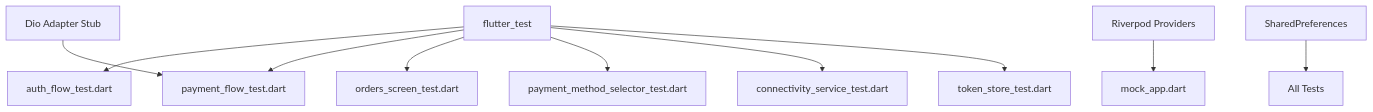
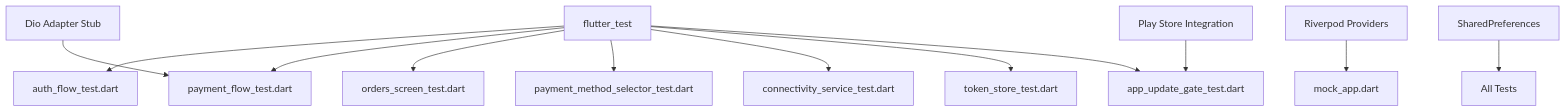
Before and after one commit to Advanstech/Lidapay-shop: the ninth of 9 diagrams in .qoder/repowiki/en/content/Testing Strategy/Testing Strategy.md, drawn with Mermaid. The commit also changed other lines of this file and 174 other files, not shown here.

````diff
--- a/.qoder/repowiki/en/content/Testing Strategy/Testing Strategy.md
+++ b/.qoder/repowiki/en/content/Testing Strategy/Testing Strategy.md
@@ -314,12 +409,14 @@
 ```mermaid
 graph TB
 FlutterTest["flutter_test"] --> AuthFlowTest["auth_flow_test.dart"]
 FlutterTest --> PaymentFlowTest["payment_flow_test.dart"]
 FlutterTest --> OrdersScreenTest["orders_screen_test.dart"]
 FlutterTest --> PaymentMethodSelectorTest["payment_method_selector_test.dart"]
 FlutterTest --> ConnectivityTest["connectivity_service_test.dart"]
 FlutterTest --> TokenStoreTest["token_store_test.dart"]
+FlutterTest --> AppUpdateGateTest["app_update_gate_test.dart"]
 Riverpod["Riverpod Providers"] --> MockApp["mock_app.dart"]
 SharedPreferences["SharedPreferences"] --> AllTests["All Tests"]
 Dio["Dio Adapter Stub"] --> PaymentFlowTest
+PlayStore["Play Store Integration"] --> AppUpdateGateTest
 ```
````
